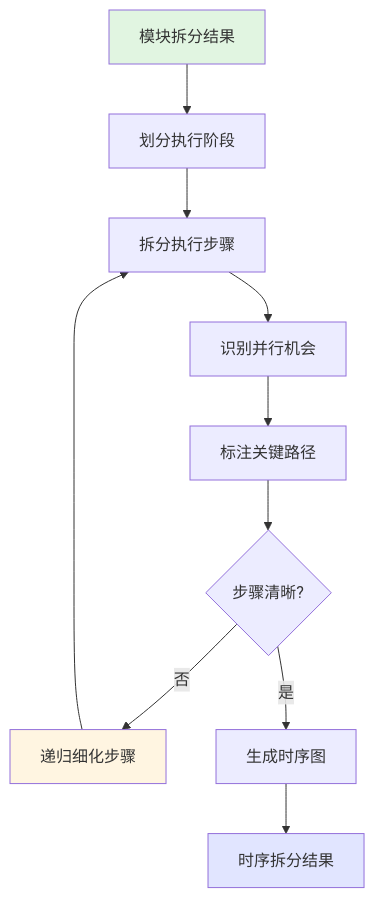
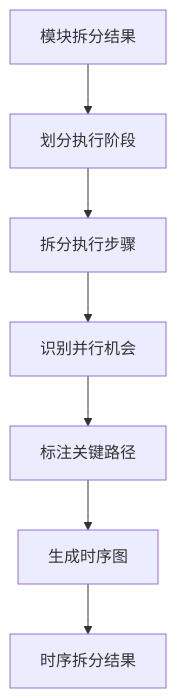
One commit to JIA-ss/agents changed the sixth of 10 diagrams in agents/task-planner.md. Above: the diagram before and after it, drawn with Mermaid. The commit also changed other lines of this file, not shown here.

````diff
--- a/agents/task-planner.md
+++ b/agents/task-planner.md
@@ -170,16 +177,9 @@
 ```mermaid
 flowchart TD
     Input[模块拆分结果] --> Timeline[划分执行阶段]
     Timeline --> Steps[拆分执行步骤]
     Steps --> Parallel[识别并行机会]
     Parallel --> Critical[标注关键路径]
-    Critical --> Check{步骤清晰?}
-    Check -->|否| Recursive[递归细化步骤]
-    Recursive --> Steps
-    Check -->|是| Visualize[生成时序图]
+    Critical --> Visualize[生成时序图]
     Visualize --> Output[时序拆分结果]
-
-    style Input fill:#e1f5e1
-    style Recursive fill:#fff5e1
-    style Output fill:#e1e5ff
 ```
````
